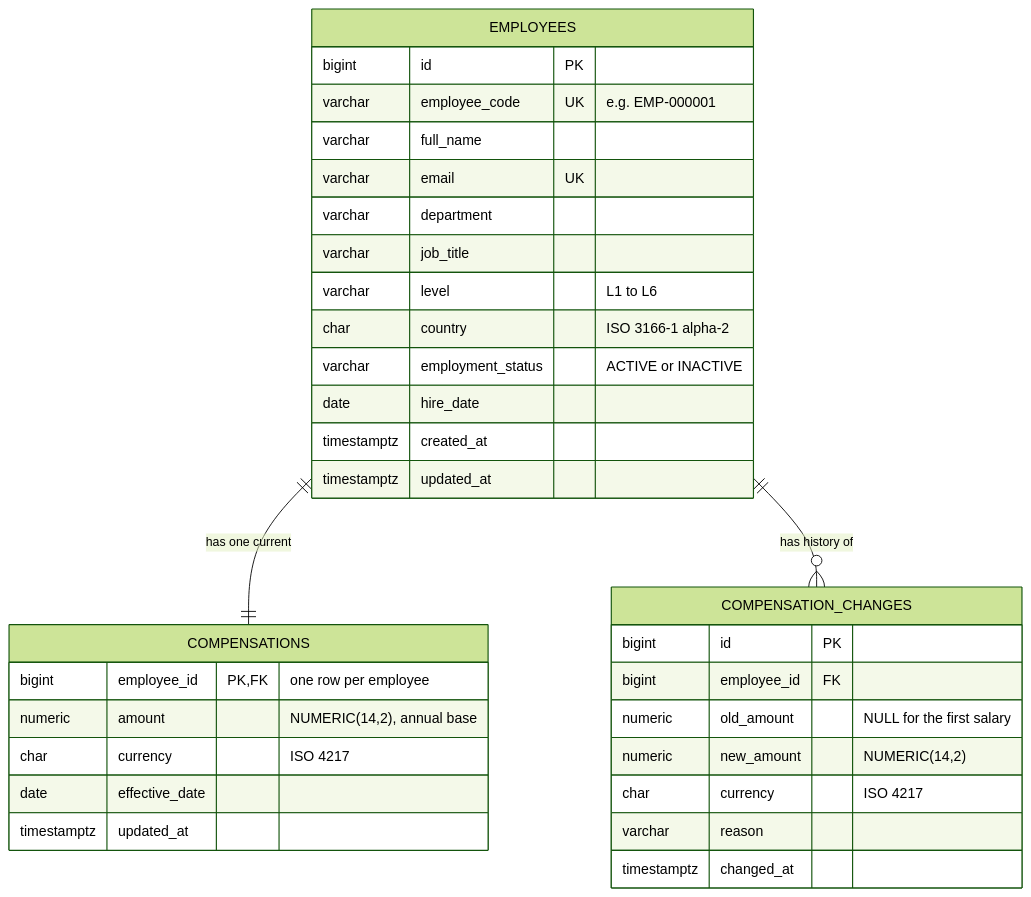
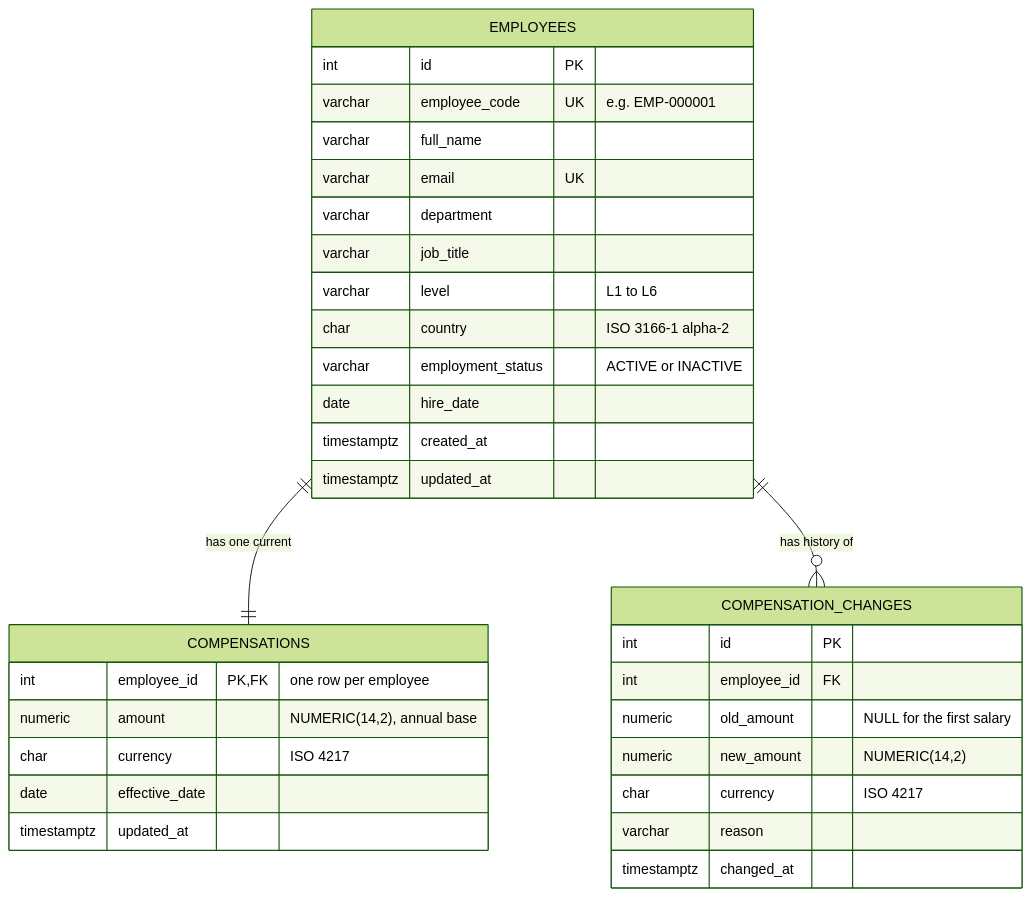
The first of 7 diagrams in docs/LLD.md (prasadm00/salary-management), drawn with Mermaid (forest theme) before and after one commit. The commit also changed other lines of this file and 9 other files, not shown here.

Commit message:
feat(api): add prisma schema and initial migration

````diff
--- a/docs/LLD.md
+++ b/docs/LLD.md
@@ -22,38 +22,38 @@
 ```mermaid
 erDiagram
     EMPLOYEES ||--|| COMPENSATIONS : "has one current"
     EMPLOYEES ||--o{ COMPENSATION_CHANGES : "has history of"
 
     EMPLOYEES {
-        bigint id PK
+        int id PK
         varchar employee_code UK "e.g. EMP-000001"
         varchar full_name
         varchar email UK
         varchar department
         varchar job_title
         varchar level "L1 to L6"
         char country "ISO 3166-1 alpha-2"
         varchar employment_status "ACTIVE or INACTIVE"
         date hire_date
         timestamptz created_at
         timestamptz updated_at
     }
 
     COMPENSATIONS {
-        bigint employee_id PK, FK "one row per employee"
+        int employee_id PK, FK "one row per employee"
         numeric amount "NUMERIC(14,2), annual base"
         char currency "ISO 4217"
         date effective_date
         timestamptz updated_at
     }
 
     COMPENSATION_CHANGES {
-        bigint id PK
-        bigint employee_id FK
+        int id PK
+        int employee_id FK
         numeric old_amount "NULL for the first salary"
         numeric new_amount "NUMERIC(14,2)"
         char currency "ISO 4217"
         varchar reason
         timestamptz changed_at
     }
 ```
````
